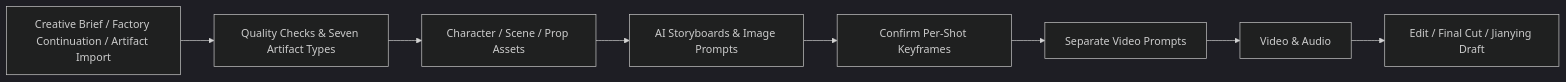
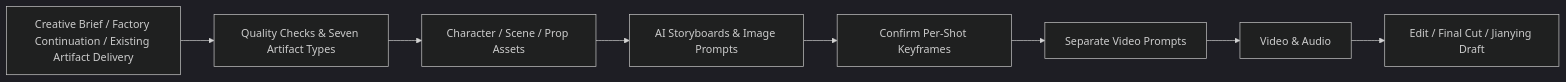
Before and after one commit to myvivk/ArcReel-main: the diagram in website/i18n/en/docusaurus-plugin-content-docs/current/guide/workflows.md, drawn with Mermaid (dark theme). The commit also changed other lines of this file and 247 other files, not shown here.

````diff
--- a/website/i18n/en/docusaurus-plugin-content-docs/current/guide/workflows.md
+++ b/website/i18n/en/docusaurus-plugin-content-docs/current/guide/workflows.md
@@ -16,10 +16,10 @@
 ```mermaid
 flowchart LR
-    A["Creative Brief / Factory Continuation / Artifact Import"] --> B["Quality Checks & Seven Artifact Types"]
+    A["Creative Brief / Factory Continuation / Existing Artifact Delivery"] --> B["Quality Checks & Seven Artifact Types"]
     B --> C["Character / Scene / Prop Assets"]
     C --> D["AI Storyboards & Image Prompts"]
     D --> E["Confirm Per-Shot Keyframes"]
     E --> F["Separate Video Prompts"]
     F --> G["Video & Audio"]
     G --> H["Edit / Final Cut / Jianying Draft"]
 ```
````
